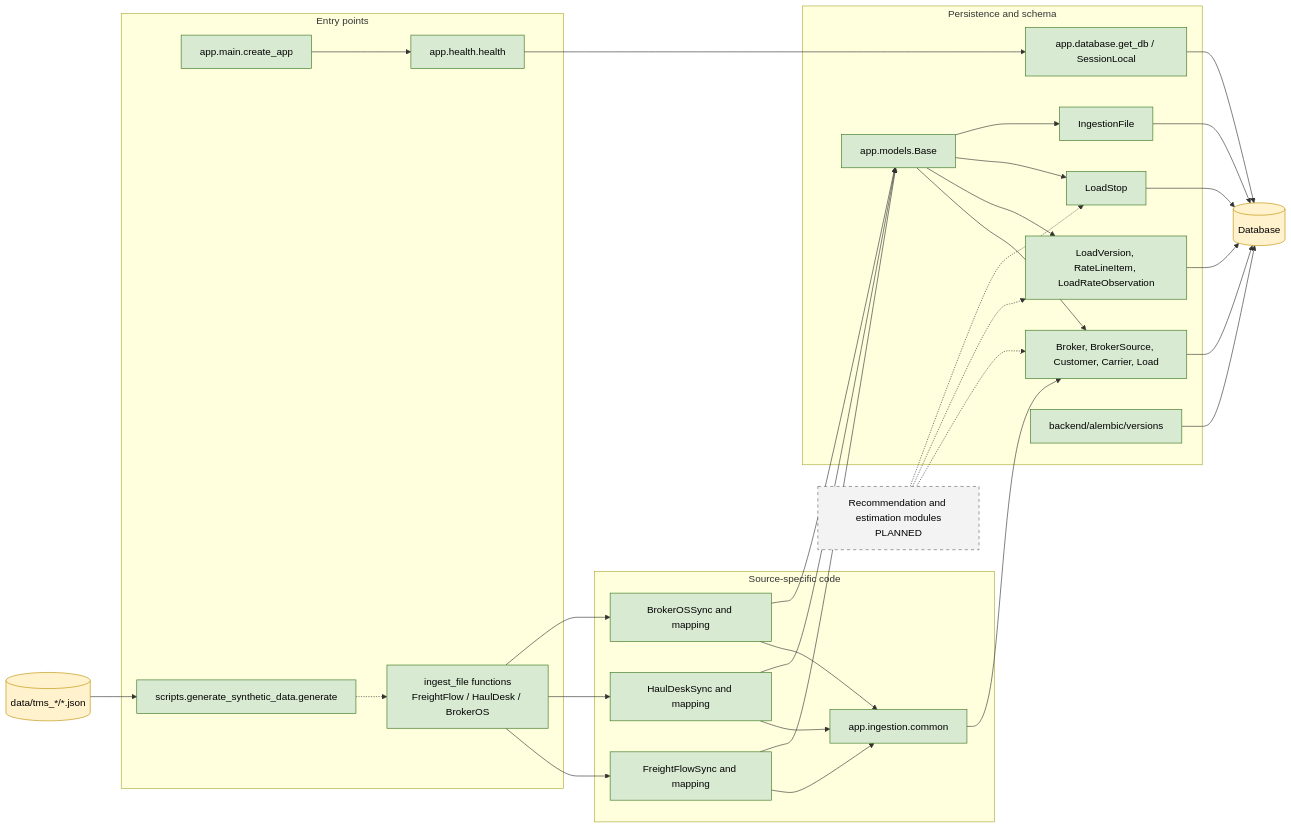
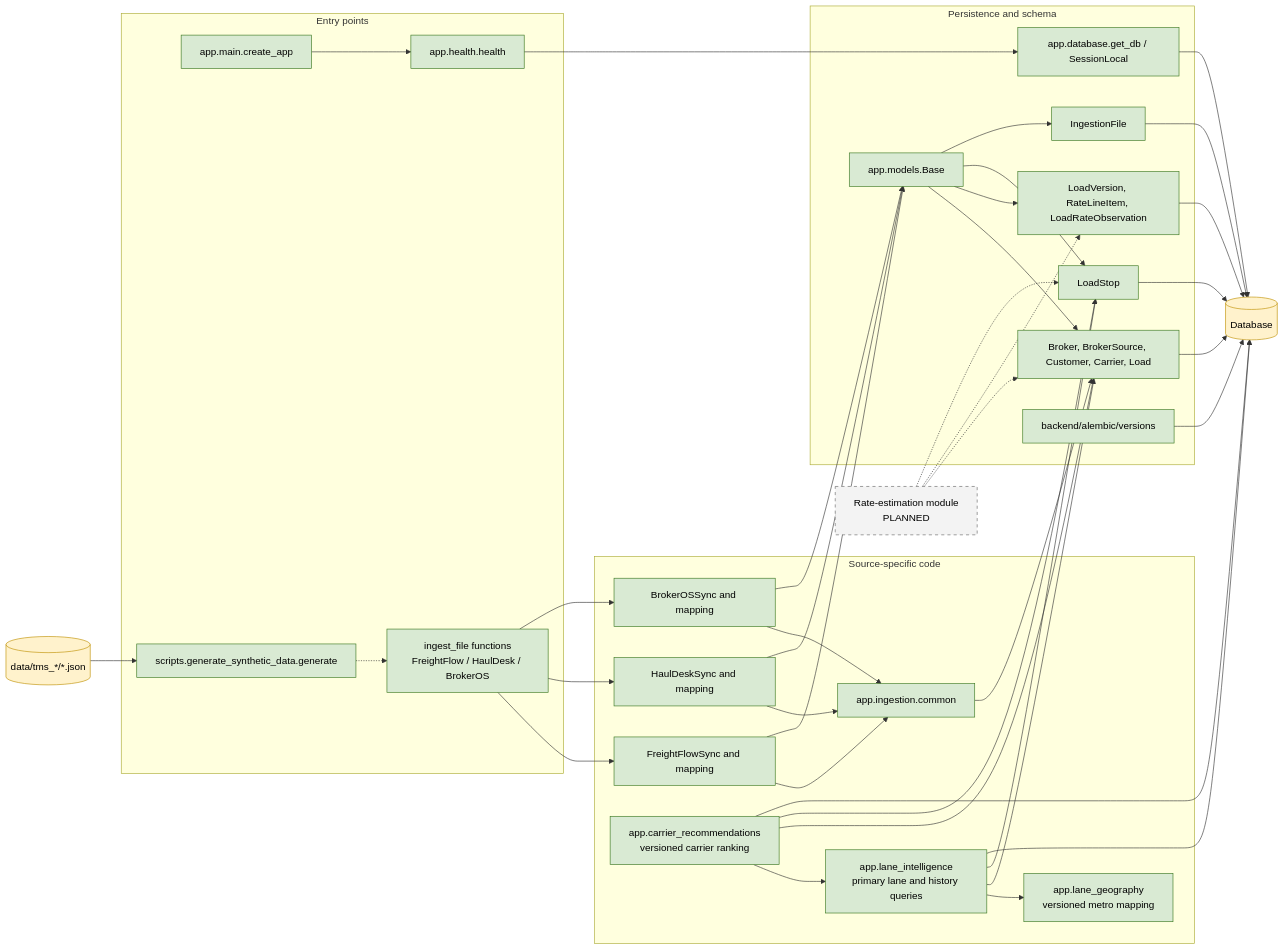
Before and after one commit to thetonyweapon/carrier-pool: the diagram in openspec/architecture/code.md, drawn with Mermaid. The commit also changed other lines of this file and 23 other files, not shown here.

First line of the commit message:
feat: add Carrier Recommendations v1 ranking service

````diff
--- a/openspec/architecture/code.md
+++ b/openspec/architecture/code.md
@@ -9,65 +9,76 @@
 ```mermaid
 flowchart LR
     subgraph entry[Entry points]
         create[app.main.create_app]
         health[app.health.health]
         ingest[ingest_file functions\nFreightFlow / HaulDesk / BrokerOS]
         generate[scripts.generate_synthetic_data.generate]
     end
 
     subgraph persistence[Persistence and schema]
         session[app.database.get_db / SessionLocal]
         base[app.models.Base]
         entities[Broker, BrokerSource, Customer, Carrier, Load]
         history[LoadVersion, RateLineItem, LoadRateObservation]
         stops[LoadStop]
         files[IngestionFile]
         migrations[backend/alembic/versions]
     end
 
     subgraph source[Source-specific code]
         shared[app.ingestion.common]
         freight[FreightFlowSync and mapping]
         haul[HaulDeskSync and mapping]
         broker[BrokerOSSync and mapping]
+        geography[app.lane_geography\nversioned metro mapping]
+        lanes[app.lane_intelligence\nprimary lane and history queries]
+        recommendations[app.carrier_recommendations\nversioned carrier ranking]
     end
 
-    future[Recommendation and estimation modules\nPLANNED]
+        future[Rate-estimation module\nPLANNED]
     database[(Database)]
     raw[(data/tms_*/*.json)]
 
     create --> health
     health --> session
     session --> database
     ingest --> freight
     ingest --> haul
     ingest --> broker
     freight --> shared
     haul --> shared
     broker --> shared
+    lanes --> geography
+    lanes --> entities
+    lanes --> stops
+    lanes --> database
+    recommendations --> lanes
+    recommendations --> entities
+    recommendations --> stops
+    recommendations --> database
     freight --> base
     haul --> base
     broker --> base
     shared --> entities
     base --> entities
     base --> history
     base --> stops
     base --> files
     entities --> database
     history --> database
     stops --> database
     files --> database
     migrations --> database
     raw --> generate
     generate -.-> ingest
     future -.-> entities
     future -.-> history
     future -.-> stops
 
     classDef delivered fill:#d9ead3,stroke:#38761d,color:#000;
     classDef planned fill:#f3f3f3,stroke:#666,color:#000,stroke-dasharray: 5 5;
     classDef external fill:#fff2cc,stroke:#bf9000,color:#000;
-    class create,health,session,base,entities,history,stops,files,migrations,shared,freight,haul,broker,ingest,generate delivered;
+    class create,health,session,base,entities,history,stops,files,migrations,shared,freight,haul,broker,geography,lanes,recommendations,ingest,generate delivered;
     class future planned;
     class database,raw external;
 ```
````
